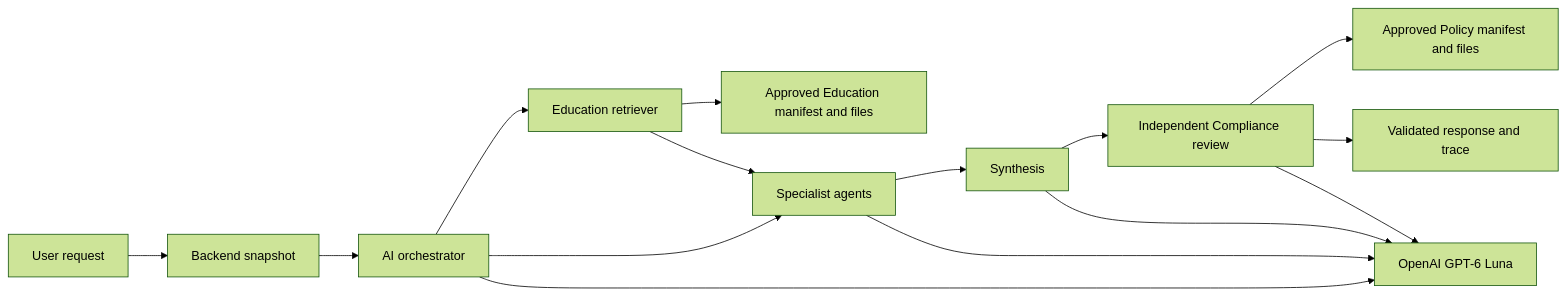
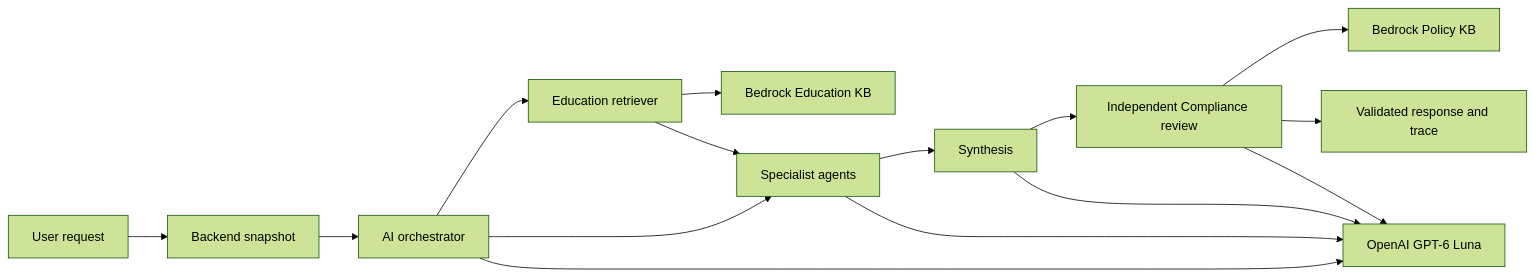
The diagram in docs/rag_arch.md (Seanleng99/nus-iss-ais-team9), drawn with Mermaid (forest theme) before and after one commit. The commit also changed other lines of this file and 23 other files, not shown here.

````diff
--- a/docs/rag_arch.md
+++ b/docs/rag_arch.md
@@ -7,17 +7,17 @@
 ```mermaid
 flowchart LR
   U[User request] --> B[Backend snapshot]
   B --> O[AI orchestrator]
   O --> E[Education retriever]
   O --> S[Specialist agents]
-  E --> M[Approved Education manifest and files]
+  E --> M[Bedrock Education KB]
   E --> S
   S --> Y[Synthesis]
   Y --> C[Independent Compliance review]
-  C --> P[Approved Policy manifest and files]
+  C --> P[Bedrock Policy KB]
   C --> R[Validated response and trace]
   O --> G[OpenAI GPT-6 Luna]
   S --> G
   Y --> G
   C --> G
 ```
````
